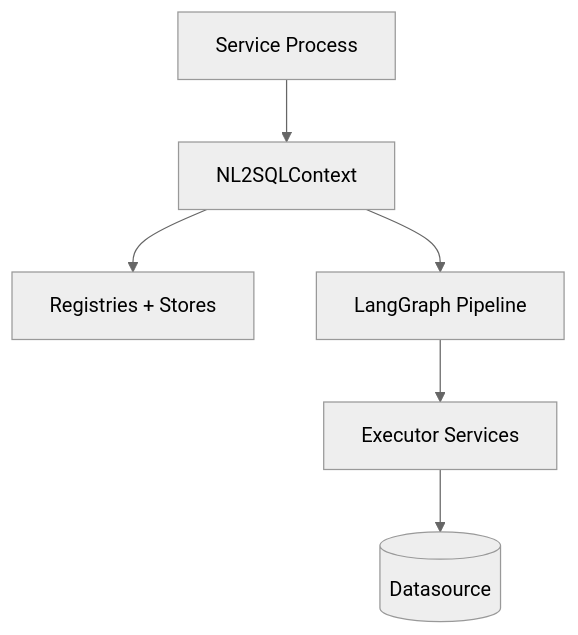
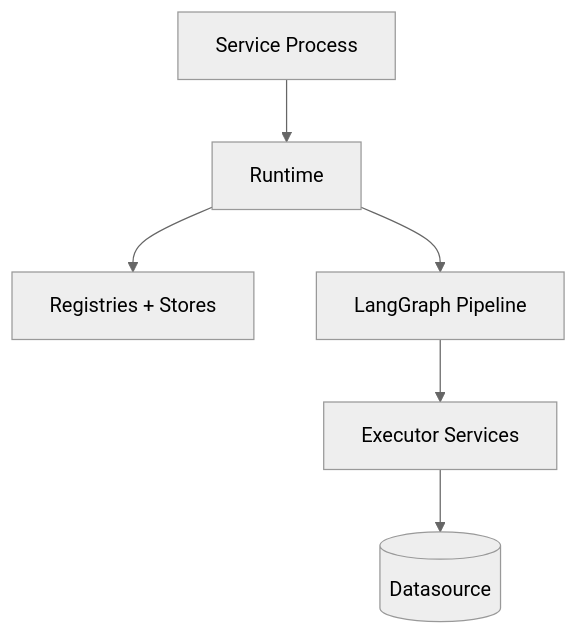
The diagram in docs/deployment/architecture.md (nadeem4/nl2sql), drawn with Mermaid (neutral theme) before and after one commit. The commit also changed other lines of this file and 171 other files, not shown here.

````diff
--- a/docs/deployment/architecture.md
+++ b/docs/deployment/architecture.md
@@ -7,8 +7,8 @@
 ```mermaid
 flowchart TD
-    App[Service Process] --> Context[NL2SQLContext]
+    App[Service Process] --> Context[Runtime]
     Context --> Registries[Registries + Stores]
     Context --> Graph[LangGraph Pipeline]
     Graph --> Exec[Executor Services]
     Exec --> DB[(Datasource)]
 ```
````
